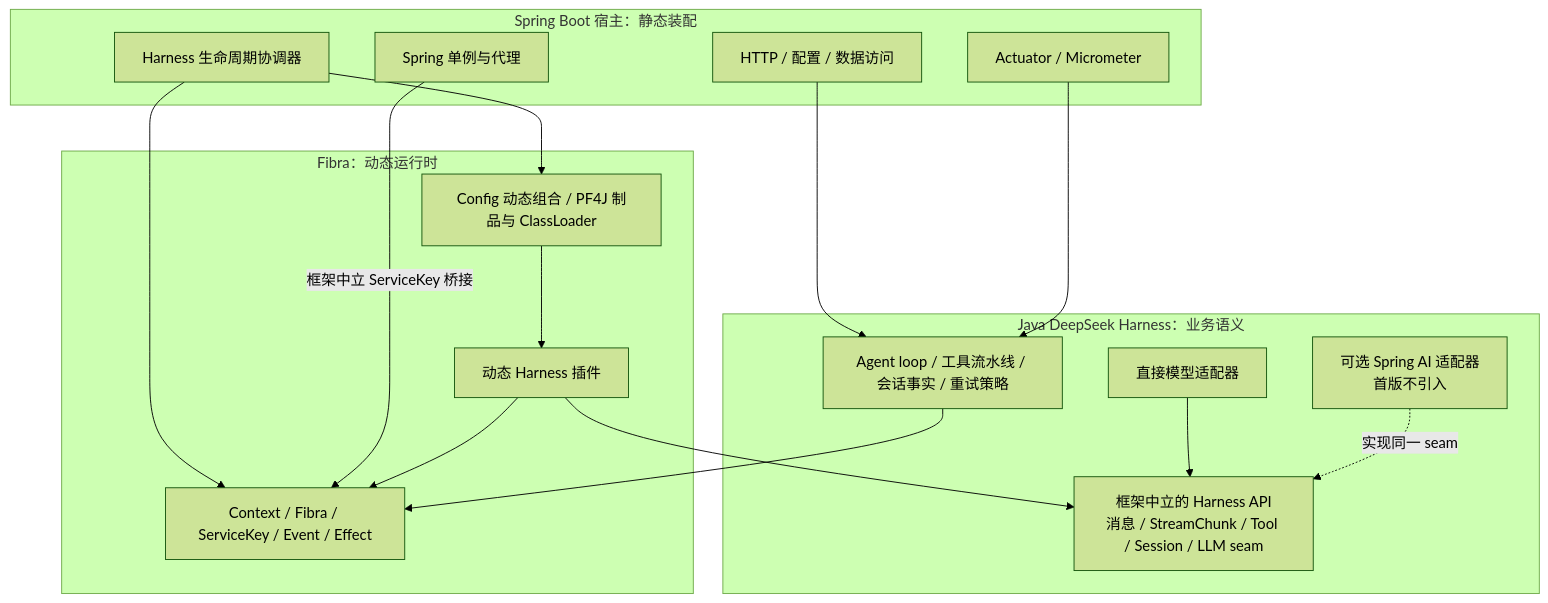
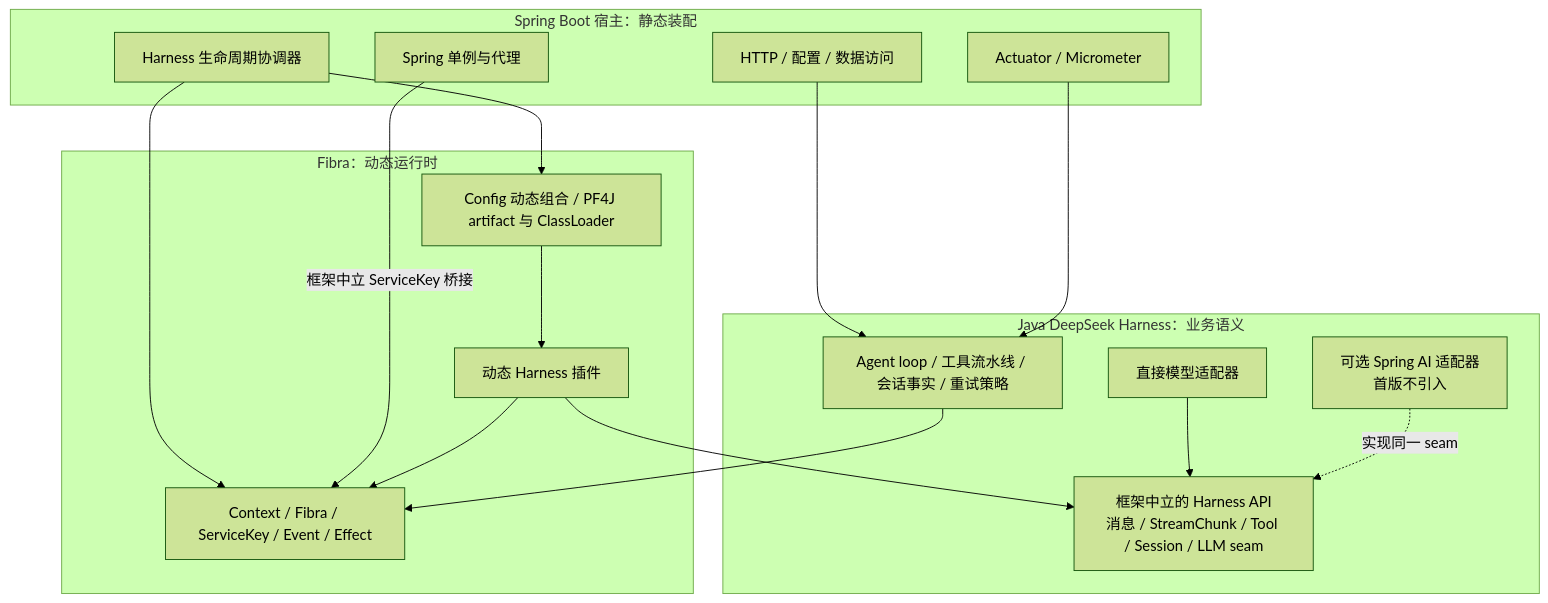
Before and after one commit to sunker0115/fibra: the diagram in docs/superpowers/specs/2026-08-22-fibra-spring-harness-integration-architecture.md, drawn with Mermaid (forest theme). The commit also changed other lines of this file and 48 other files, not shown here.

````diff
--- a/docs/superpowers/specs/2026-08-22-fibra-spring-harness-integration-architecture.md
+++ b/docs/superpowers/specs/2026-08-22-fibra-spring-harness-integration-architecture.md
@@ -21,34 +21,34 @@
 ```mermaid
 flowchart TB
   subgraph Host[Spring Boot 宿主：静态装配]
     Web[HTTP / 配置 / 数据访问]
     Ops[Actuator / Micrometer]
     Lifecycle[Harness 生命周期协调器]
     SpringServices[Spring 单例与代理]
   end
 
   subgraph Harness[Java DeepSeek Harness：业务语义]
     Contracts[框架中立的 Harness API\n消息 / StreamChunk / Tool / Session / LLM seam]
     Runtime[Agent loop / 工具流水线 / 会话事实 / 重试策略]
     DirectModel[直接模型适配器]
     OptionalSpringAI[可选 Spring AI 适配器\n首版不引入]
   end
 
   subgraph Fibra[Fibra：动态运行时]
     Core[Context / Fibra / ServiceKey / Event / Effect]
-    Loader[Config 动态组合 / PF4J 制品与 ClassLoader]
+    Loader[Config 动态组合 / PF4J artifact 与 ClassLoader]
     Plugins[动态 Harness 插件]
   end
 
   Web --> Runtime
   Ops --> Runtime
   Lifecycle --> Core
   Lifecycle --> Loader
   SpringServices -->|框架中立 ServiceKey 桥接| Core
   Runtime --> Core
   DirectModel --> Contracts
   OptionalSpringAI -.实现同一 seam.-> Contracts
   Plugins --> Contracts
   Plugins --> Core
   Loader --> Plugins
 ```
````
